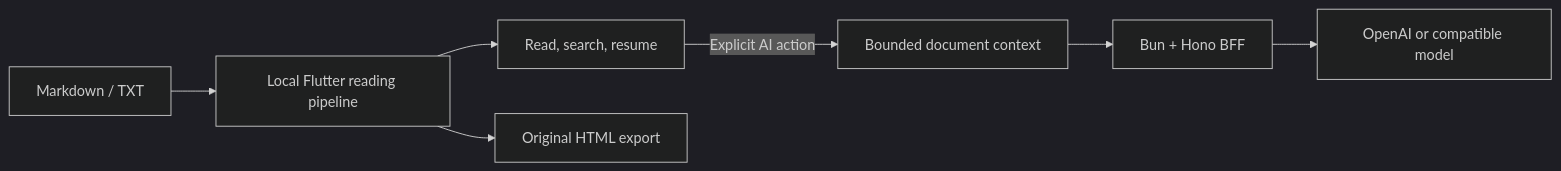
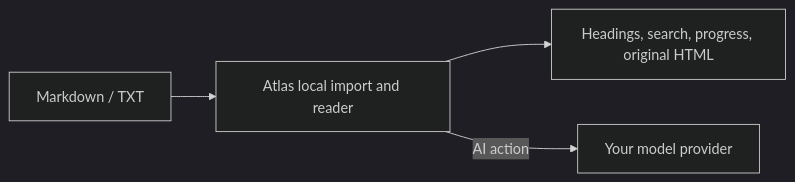
Before and after one commit to KlayPeter/Atlas: the diagram in README_en.md, drawn with Mermaid (dark theme). The commit also changed other lines of this file and 12 other files, not shown here.

````diff
--- a/README_en.md
+++ b/README_en.md
@@ -75,9 +40,6 @@
 ```mermaid
 flowchart LR
-  A["Markdown / TXT"] --> B["Local Flutter reading pipeline"]
-  B --> C["Read, search, resume"]
-  B --> D["Original HTML export"]
-  C -->|"Explicit AI action"| E["Bounded document context"]
-  E --> F["Bun + Hono BFF"]
-  F --> G["OpenAI or compatible model"]
+  A["Markdown / TXT"] --> B["Atlas local import and reader"]
+  B --> C["Headings, search, progress, original HTML"]
+  B -->|"AI action"| D["Your model provider"]
 ```
````
